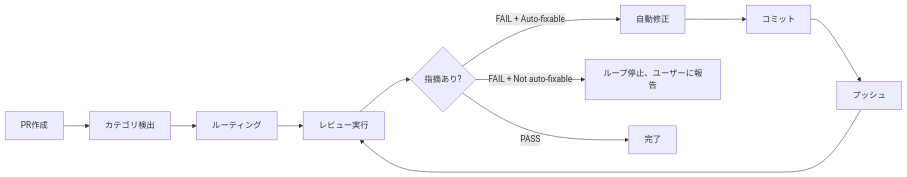
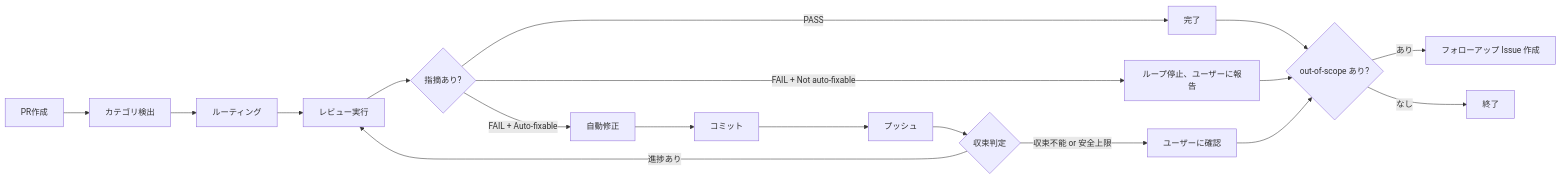
The diagram in plugin/shirokuma-skills-ja/skills/creating-pr-on-issue/SKILL.md (ShirokumaLibrary/shirokuma-docs), drawn with Mermaid before and after one commit. The commit also changed other lines of this file and 7 other files, not shown here.

````diff
--- a/plugin/shirokuma-skills-ja/skills/creating-pr-on-issue/SKILL.md
+++ b/plugin/shirokuma-skills-ja/skills/creating-pr-on-issue/SKILL.md
@@ -97,7 +100,13 @@
 ```mermaid
 graph LR
   A[PR作成] --> B[カテゴリ検出] --> C[ルーティング] --> D[レビュー実行] --> E{指摘あり?}
-  E -->|FAIL + Auto-fixable| F[自動修正] --> G[コミット] --> H[プッシュ] --> D
-  E -->|FAIL + Not auto-fixable| I[ループ停止、ユーザーに報告]
-  E -->|PASS| J[完了]
+  E -->|FAIL + Auto-fixable| F[自動修正] --> G[コミット] --> H[プッシュ] --> I{収束判定}
+  I -->|進捗あり| D
+  I -->|収束不能 or 安全上限| K[ユーザーに確認]
+  E -->|FAIL + Not auto-fixable| J[ループ停止、ユーザーに報告]
+  E -->|PASS| L[完了] --> M{out-of-scope あり?}
+  M -->|あり| N[フォローアップ Issue 作成]
+  M -->|なし| O[終了]
+  J --> M
+  K --> M
 ```
````
